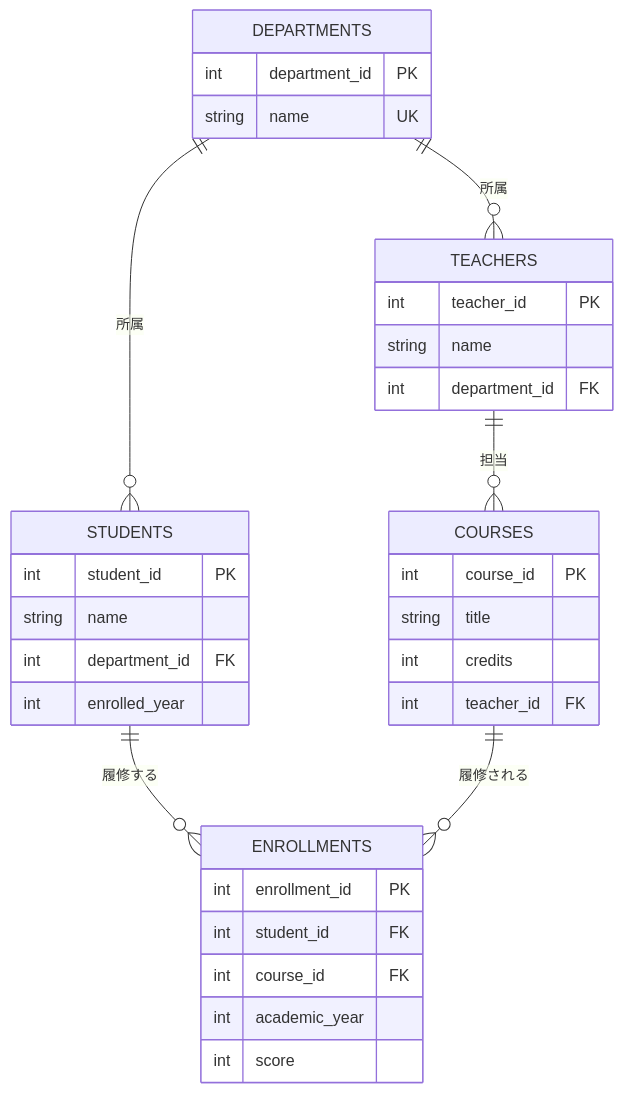
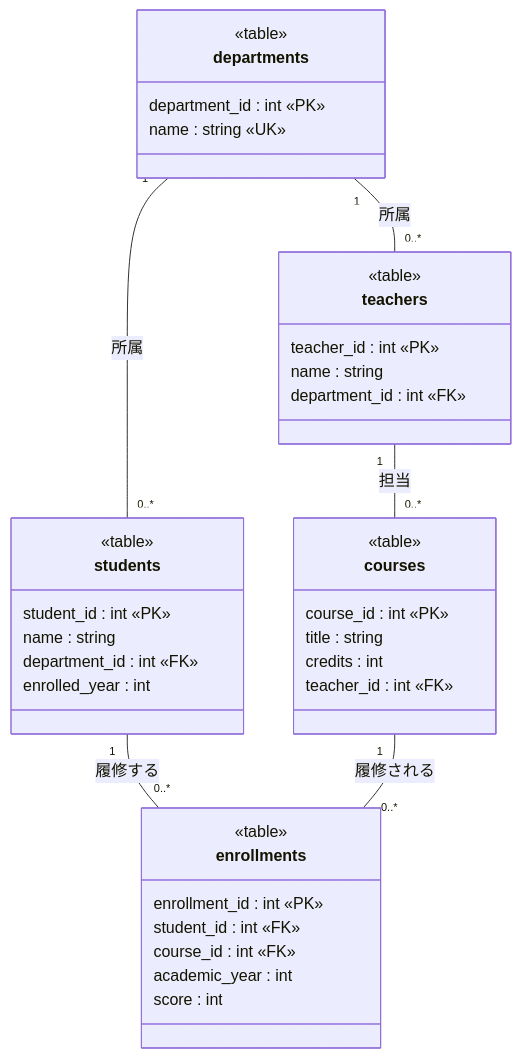
Before and after one commit to YTS0418/PRMN_SYSTEM_Lecture: the first of 2 diagrams in データベース/04_論理設計.md, drawn with Mermaid. The commit also changed other lines of this file and 3 other files, not shown here.

First line of the commit message:
ER図をUMLクラス図の表記に変更し、ドメインモデルとの違いを追記

````diff
--- a/データベース/04_論理設計.md
+++ b/データベース/04_論理設計.md
@@ -100,37 +100,42 @@
 ```mermaid
-erDiagram
-    DEPARTMENTS ||--o{ STUDENTS : "所属"
-    DEPARTMENTS ||--o{ TEACHERS : "所属"
-    TEACHERS ||--o{ COURSES : "担当"
-    STUDENTS ||--o{ ENROLLMENTS : "履修する"
-    COURSES ||--o{ ENROLLMENTS : "履修される"
+classDiagram
+    departments "1" -- "0..*" students : 所属
+    departments "1" -- "0..*" teachers : 所属
+    teachers "1" -- "0..*" courses : 担当
+    students "1" -- "0..*" enrollments : 履修する
+    courses "1" -- "0..*" enrollments : 履修される
 
-    DEPARTMENTS {
-        int department_id PK
-        string name UK
+    class departments {
+        <<table>>
+        department_id : int «PK»
+        name : string «UK»
     }
-    TEACHERS {
-        int teacher_id PK
-        string name
-        int department_id FK
+    class teachers {
+        <<table>>
+        teacher_id : int «PK»
+        name : string
+        department_id : int «FK»
     }
-    STUDENTS {
-        int student_id PK
-        string name
-        int department_id FK
-        int enrolled_year
+    class students {
+        <<table>>
+        student_id : int «PK»
+        name : string
+        department_id : int «FK»
+        enrolled_year : int
     }
-    COURSES {
-        int course_id PK
-        string title
-        int credits
-        int teacher_id FK
+    class courses {
+        <<table>>
+        course_id : int «PK»
+        title : string
+        credits : int
+        teacher_id : int «FK»
     }
-    ENROLLMENTS {
-        int enrollment_id PK
-        int student_id FK
-        int course_id FK
-        int academic_year
-        int score
+    class enrollments {
+        <<table>>
+        enrollment_id : int «PK»
+        student_id : int «FK»
+        course_id : int «FK»
+        academic_year : int
+        score : int
     }
 ```
````
